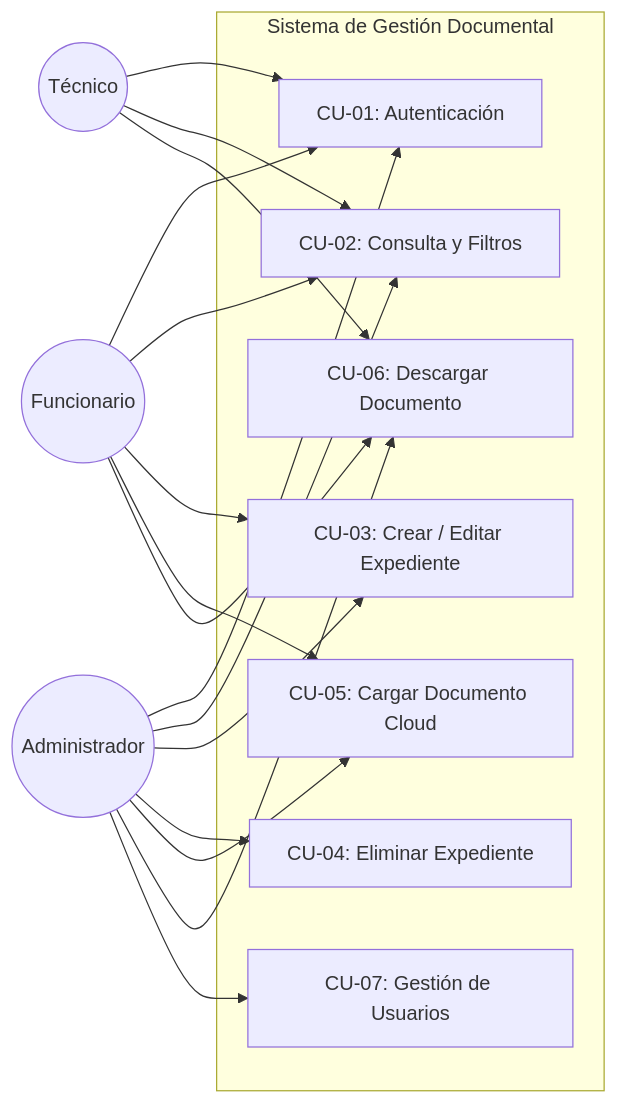
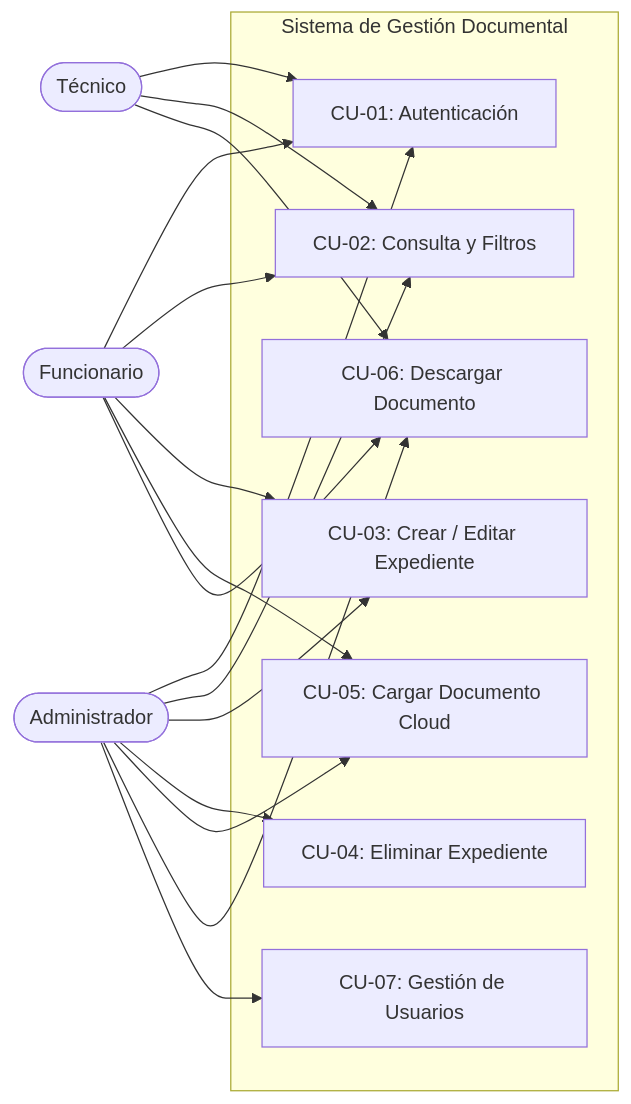
The first of 2 diagrams in README.md (OctavoSemestre/Sistema-de-Gesti-n-Documental), drawn with Mermaid before and after one commit. The commit also changed other lines of this file, not shown here.

Commit message:
fix(docs): escape Mermaid diagram edge labels and node strings for GitHub rendering compatibility

````diff
--- a/README.md
+++ b/README.md
@@ -135,34 +135,34 @@
 ```mermaid
 flowchart LR
-    Admin((Administrador))
-    Func((Funcionario))
-    Tec((Técnico))
+    Admin(["Administrador"])
+    Func(["Funcionario"])
+    Tec(["Técnico"])
 
-    subgraph Sistema de Gestión Documental
-        CU1[CU-01: Autenticación]
-        CU2[CU-02: Consulta y Filtros]
-        CU3[CU-03: Crear / Editar Expediente]
-        CU4[CU-04: Eliminar Expediente]
-        CU5[CU-05: Cargar Documento Cloud]
-        CU6[CU-06: Descargar Documento]
-        CU7[CU-07: Gestión de Usuarios]
+    subgraph SGD["Sistema de Gestión Documental"]
+        CU1["CU-01: Autenticación"]
+        CU2["CU-02: Consulta y Filtros"]
+        CU3["CU-03: Crear / Editar Expediente"]
+        CU4["CU-04: Eliminar Expediente"]
+        CU5["CU-05: Cargar Documento Cloud"]
+        CU6["CU-06: Descargar Documento"]
+        CU7["CU-07: Gestión de Usuarios"]
     end
 
     Tec --> CU1
     Tec --> CU2
     Tec --> CU6
 
     Func --> CU1
     Func --> CU2
     Func --> CU3
     Func --> CU5
     Func --> CU6
 
     Admin --> CU1
     Admin --> CU2
     Admin --> CU3
     Admin --> CU4
     Admin --> CU5
     Admin --> CU6
     Admin --> CU7
 ```
````
